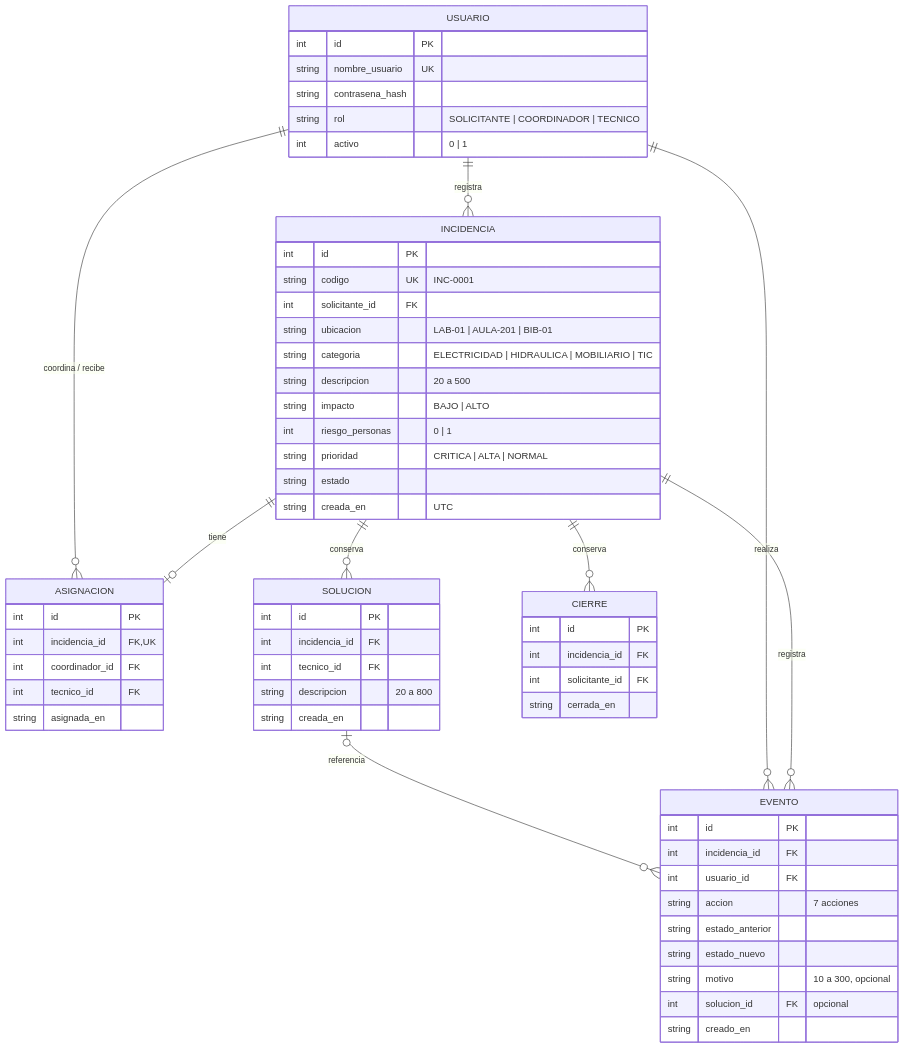
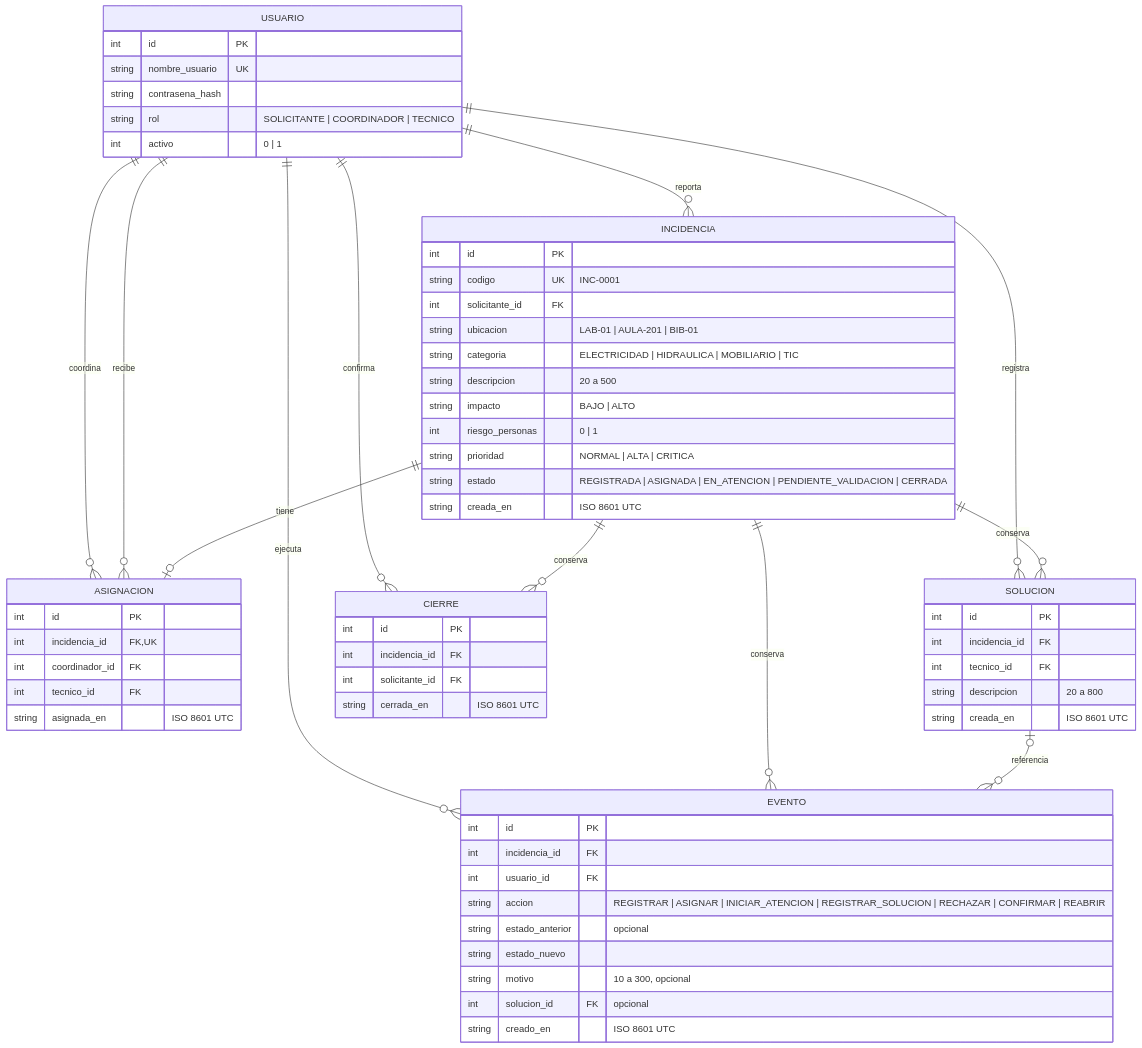
The diagram in docs/modelo-datos.md (cbalmaooo/reparacampus), drawn with Mermaid before and after one commit. The commit also changed other lines of this file, not shown here.

Commit message:
Alinear modelo de datos con esquema v2

````diff
--- a/docs/modelo-datos.md
+++ b/docs/modelo-datos.md
@@ -5,63 +8,71 @@
 ```mermaid
 erDiagram
-    USUARIO ||--o{ INCIDENCIA : registra
+    USUARIO ||--o{ INCIDENCIA : reporta
+    USUARIO ||--o{ ASIGNACION : coordina
+    USUARIO ||--o{ ASIGNACION : recibe
     INCIDENCIA ||--o| ASIGNACION : tiene
-    USUARIO ||--o{ ASIGNACION : "coordina / recibe"
+    USUARIO ||--o{ SOLUCION : registra
     INCIDENCIA ||--o{ SOLUCION : conserva
+    USUARIO ||--o{ CIERRE : confirma
     INCIDENCIA ||--o{ CIERRE : conserva
-    INCIDENCIA ||--o{ EVENTO : registra
-    USUARIO ||--o{ EVENTO : realiza
+    USUARIO ||--o{ EVENTO : ejecuta
+    INCIDENCIA ||--o{ EVENTO : conserva
     SOLUCION |o--o{ EVENTO : referencia
 
     USUARIO {
         int id PK
         string nombre_usuario UK
         string contrasena_hash
         string rol "SOLICITANTE | COORDINADOR | TECNICO"
         int activo "0 | 1"
     }
+
     INCIDENCIA {
         int id PK
         string codigo UK "INC-0001"
         int solicitante_id FK
         string ubicacion "LAB-01 | AULA-201 | BIB-01"
         string categoria "ELECTRICIDAD | HIDRAULICA | MOBILIARIO | TIC"
         string descripcion "20 a 500"
         string impacto "BAJO | ALTO"
         int riesgo_personas "0 | 1"
-        string prioridad "CRITICA | ALTA | NORMAL"
-        string estado
-        string creada_en "UTC"
+        string prioridad "NORMAL | ALTA | CRITICA"
+        string estado "REGISTRADA | ASIGNADA | EN_ATENCION | PENDIENTE_VALIDACION | CERRADA"
+        string creada_en "ISO 8601 UTC"
     }
+
     ASIGNACION {
         int id PK
         int incidencia_id FK,UK
         int coordinador_id FK
         int tecnico_id FK
-        string asignada_en
+        string asignada_en "ISO 8601 UTC"
     }
+
     SOLUCION {
         int id PK
         int incidencia_id FK
         int tecnico_id FK
         string descripcion "20 a 800"
-        string creada_en
+        string creada_en "ISO 8601 UTC"
     }
+
     CIERRE {
         int id PK
         int incidencia_id FK
         int solicitante_id FK
-        string cerrada_en
+        string cerrada_en "ISO 8601 UTC"
     }
+
     EVENTO {
         int id PK
         int incidencia_id FK
         int usuario_id FK
-        string accion "7 acciones"
-        string estado_anterior
+        string accion "REGISTRAR | ASIGNAR | INICIAR_ATENCION | REGISTRAR_SOLUCION | RECHAZAR | CONFIRMAR | REABRIR"
+        string estado_anterior "opcional"
         string estado_nuevo
         string motivo "10 a 300, opcional"
         int solucion_id FK "opcional"
-        string creado_en
+        string creado_en "ISO 8601 UTC"
     }
 ```
````
